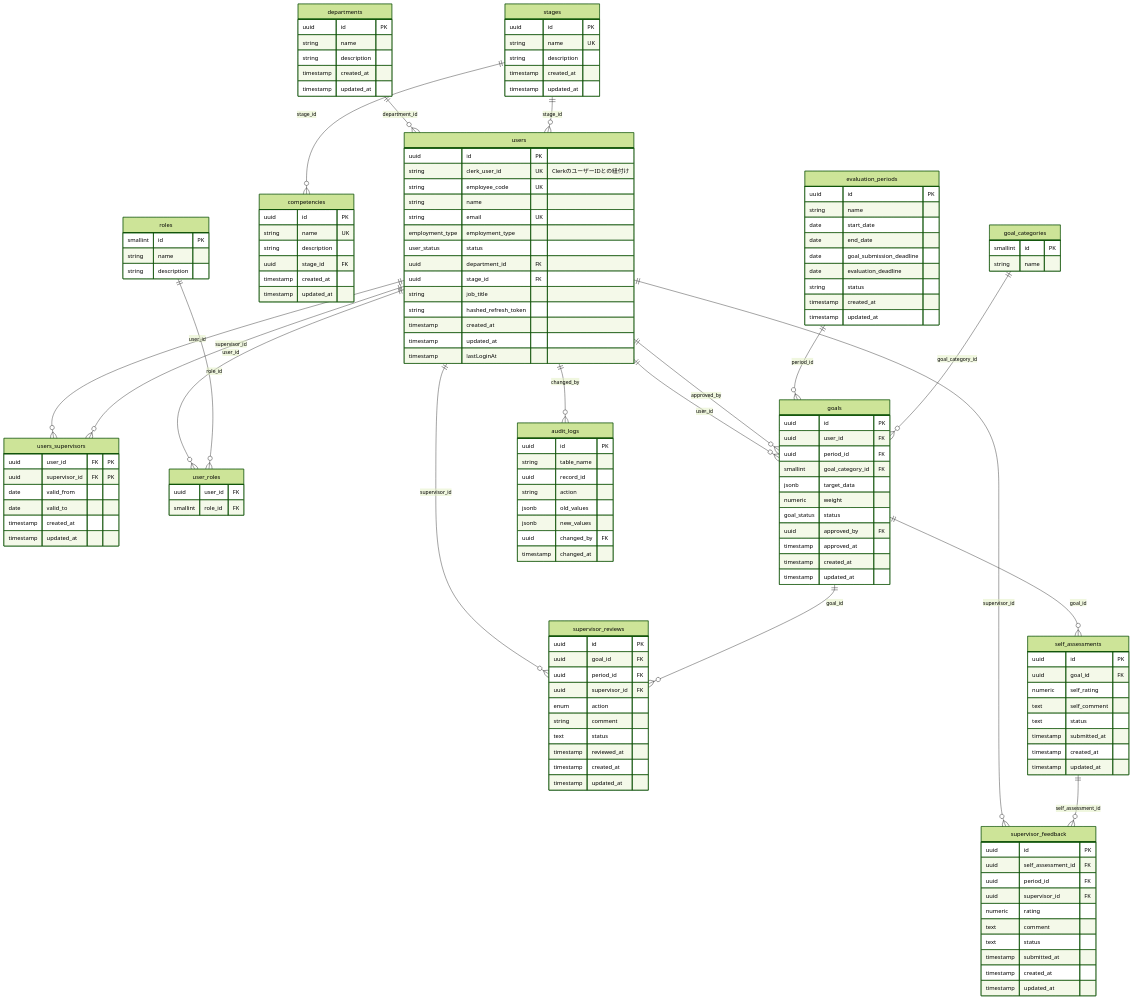
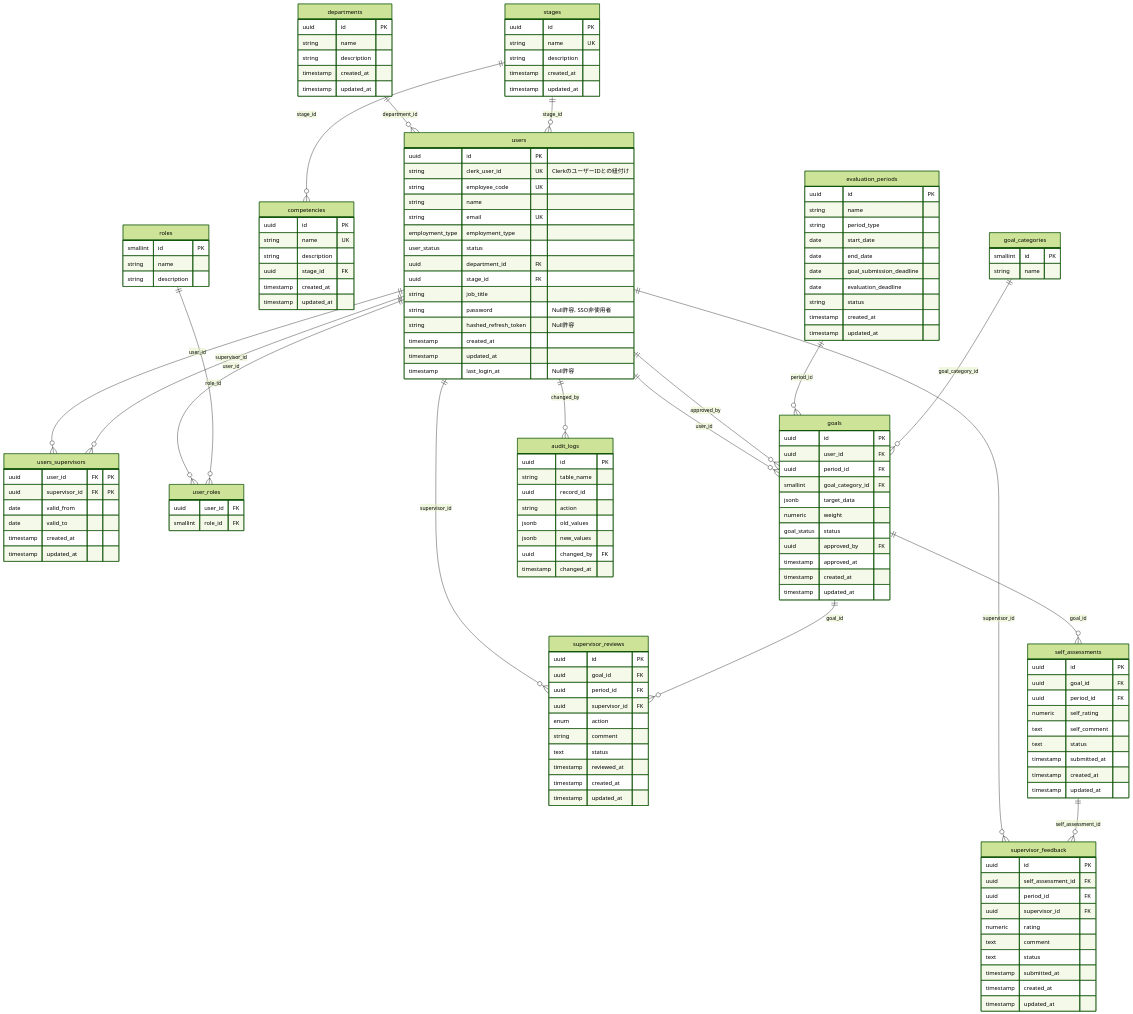
One commit to shintairiku/evaluation-system changed the diagram in docs/db_entity.md. Above: the diagram before and after it, drawn with Mermaid (forest theme). The commit also changed other lines of this file and 1 other file, not shown here.

Commit message:
fix: update inconsistency in dummy data and entity documentation

```diff
--- a/docs/db_entity.md
+++ b/docs/db_entity.md
@@ -12,10 +12,11 @@
         uuid department_id FK
         uuid stage_id FK
         string job_title
-        string hashed_refresh_token
+        string password "Null許容, SSO非使用者"
+        string hashed_refresh_token "Null許容"
         timestamp created_at
         timestamp updated_at
-        timestamp lastLoginAt
+        timestamp last_login_at "Null許容"
     }
 
     departments {
@@ -68,6 +69,7 @@
     evaluation_periods {
         uuid id PK
         string name
+        string period_type
         date start_date
         date end_date
         date goal_submission_deadline
@@ -115,6 +117,7 @@
     self_assessments {
         uuid id PK
         uuid goal_id FK
+        uuid period_id FK
         numeric self_rating
         text self_comment
         text status
```
